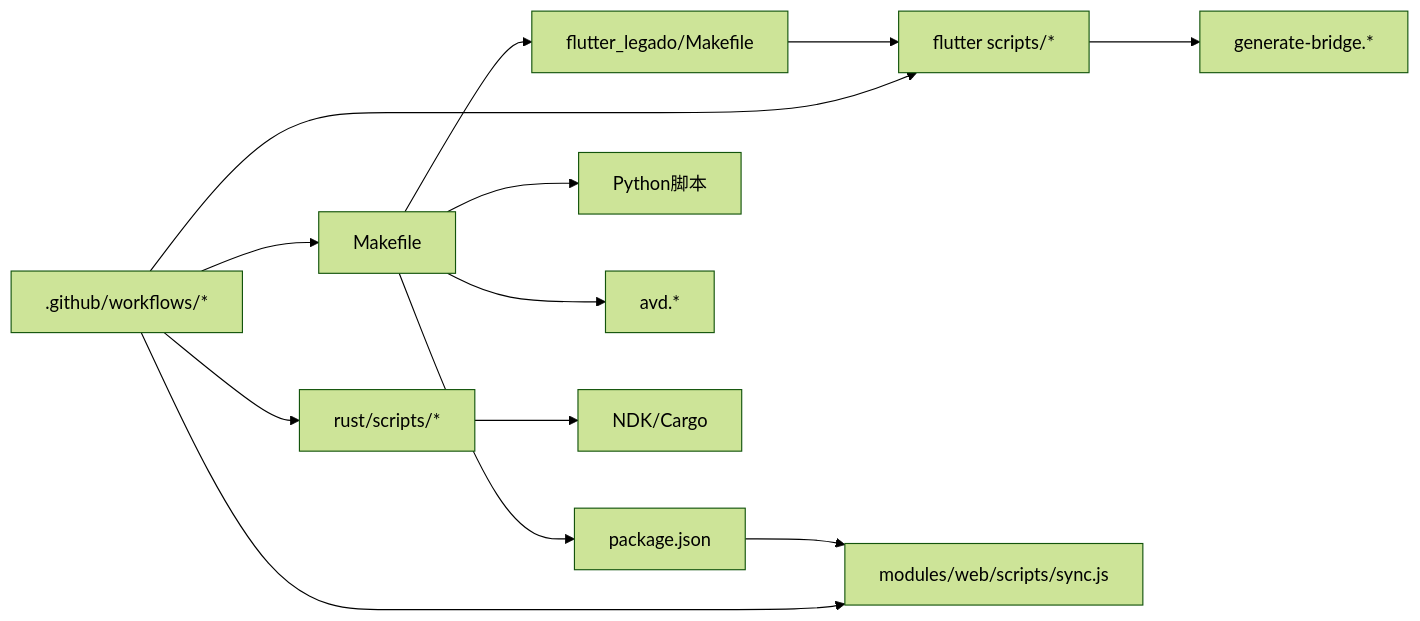
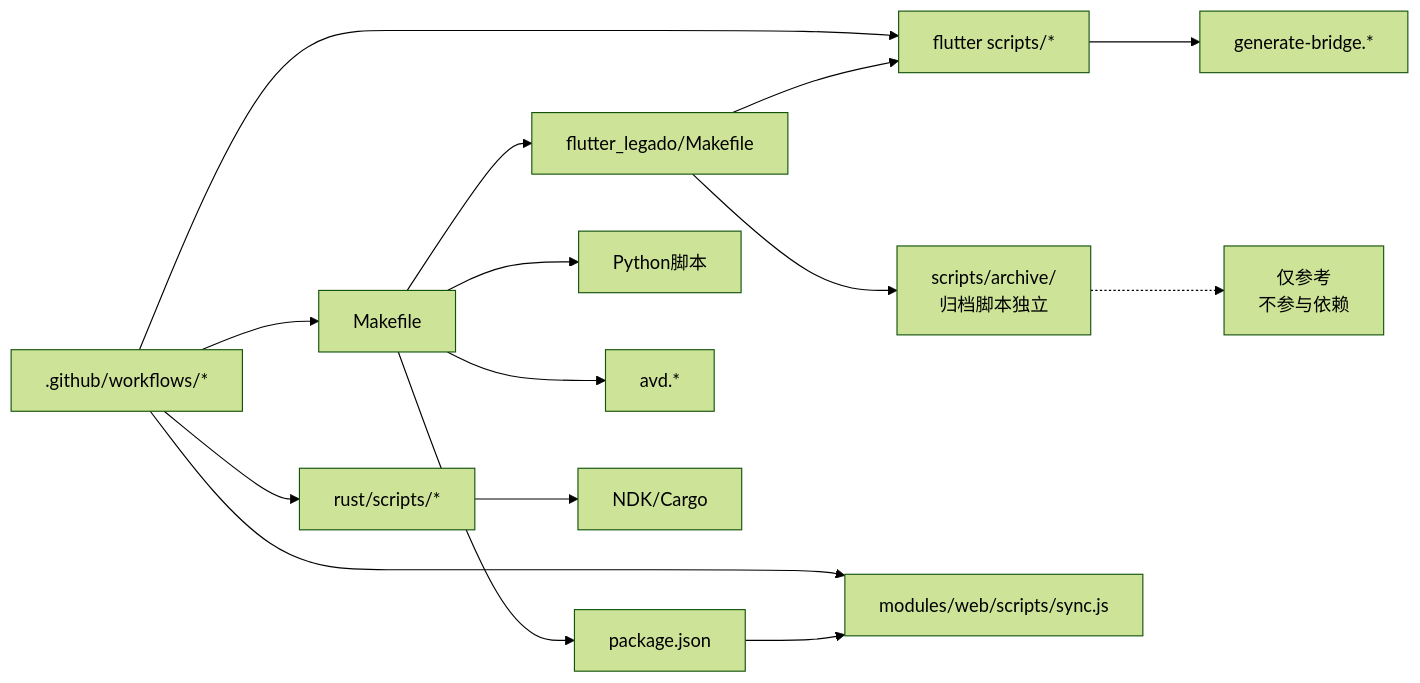
Before and after one commit to ZhangGHGitHub/LegadoTeamFlutter: the tenth of 10 diagrams in .qoder/repowiki/zh/content/构建和部署/自动化脚本工具集.md, drawn with Mermaid (forest theme). The commit also changed other lines of this file and 173 other files, not shown here.

````diff
--- a/.qoder/repowiki/zh/content/构建和部署/自动化脚本工具集.md
+++ b/.qoder/repowiki/zh/content/构建和部署/自动化脚本工具集.md
@@ -363,15 +411,17 @@
 ```mermaid
 graph LR
 Make["Makefile"] --> Pkg["package.json"]
 Make --> FlMake["flutter_legado/Makefile"]
 Make --> PyTools["Python脚本"]
 Make --> AVD["avd.*"]
 FlMake --> FlScripts["flutter scripts/*"]
+FlMake --> FlArchive["scripts/archive/<br/>归档脚本独立"]
 FlScripts --> Bridge["generate-bridge.*"]
 Pkg --> WebSync["modules/web/scripts/sync.js"]
 RS["rust/scripts/*"] --> NDK["NDK/Cargo"]
 CI[".github/workflows/*"] --> Make
 CI --> FlScripts
 CI --> RS
 CI --> WebSync
+FlArchive -.-> RefOnly["仅参考<br/>不参与依赖"]
 ```
````
